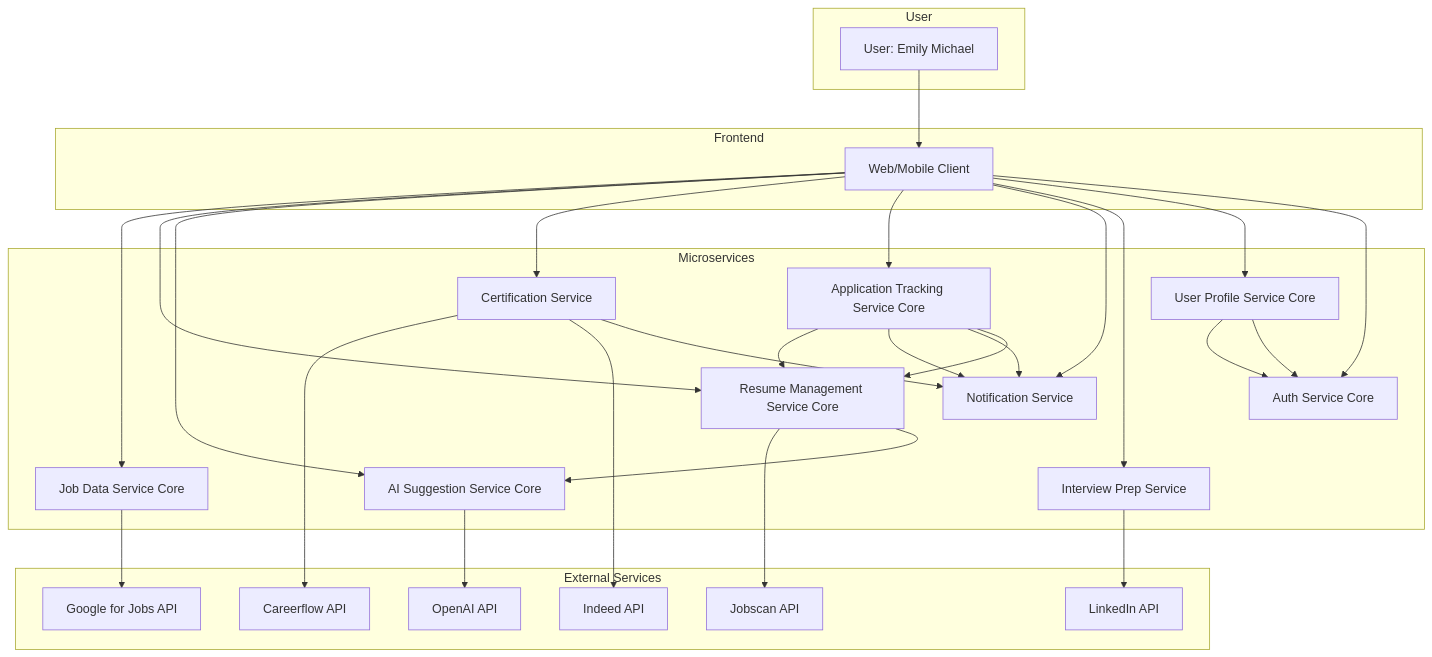
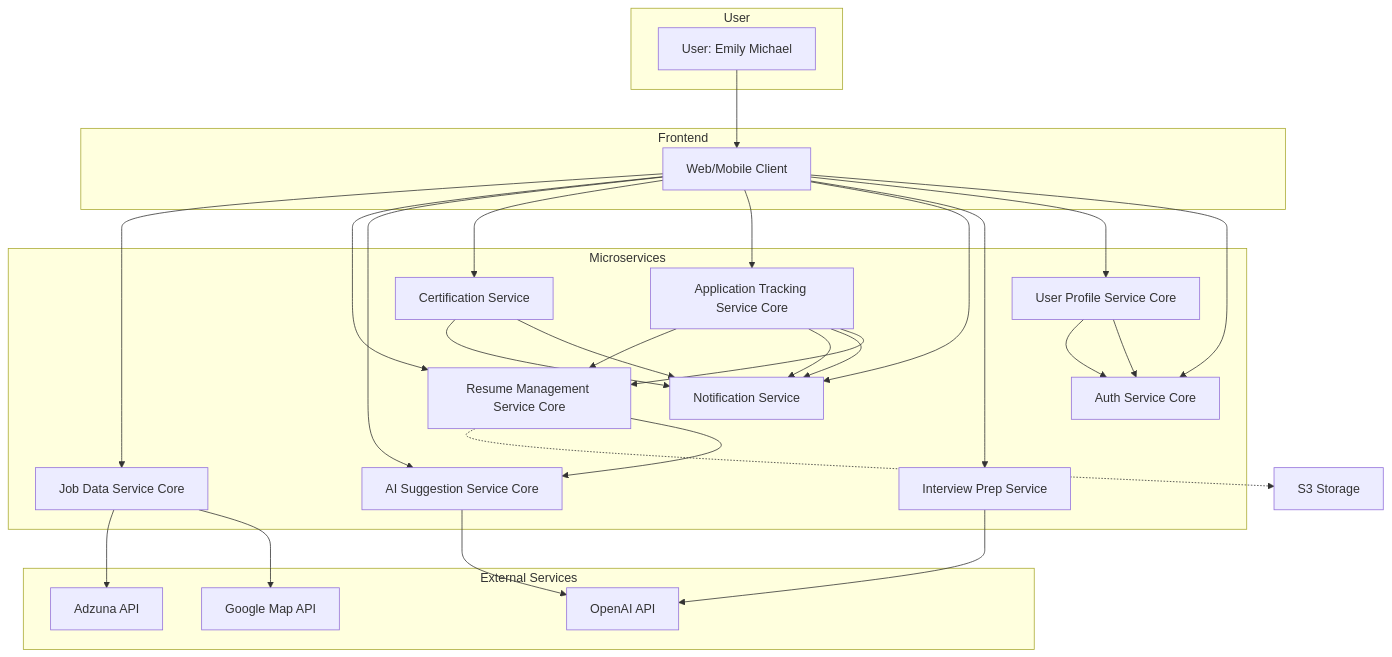
Before and after one commit to MariaVSoto/JobQuest_Navigator_CAA: the diagram in 00 Documents/0020 Design/002010TTD/microservices-architecture-diagram.md, drawn with Mermaid. The commit also changed other lines of this file and 15 other files, not shown here.

````diff
--- a/00 Documents/0020 Design/002010TTD/microservices-architecture-diagram.md
+++ b/00 Documents/0020 Design/002010TTD/microservices-architecture-diagram.md
@@ -5,69 +5,66 @@
 ```mermaid
 flowchart TD
     subgraph User
         A[User: Emily Michael]
     end
 
     subgraph Frontend
         B[Web/Mobile Client]
     end
 
     subgraph Microservices
         MS1[Job Data Service Core]
         MS2[Resume Management Service Core]
         MS3[AI Suggestion Service Core]
         MS4[Certification Service]
         MS5[Application Tracking Service Core]
         MS6[Notification Service]
         MS7[Interview Prep Service]
         MS8[User Profile Service Core]
         MS9[Auth Service Core]
     end
 
     subgraph External Services
-        Q[Google for Jobs API]
-        R[Jobscan API]
-        S[Careerflow API]
-        T[Indeed API]
-        U[LinkedIn API]
+        Q[Adzuna API]
+        R[Google Map API]
         V[OpenAI API]
     end
 
     %% User to Frontend
     A --> B
 
     %% Frontend to Microservices (API Gateway or direct)
     B --> MS1
     B --> MS2
     B --> MS3
     B --> MS4
     B --> MS5
     B --> MS6
     B --> MS7
     B --> MS8
     B --> MS9
 
     %% Microservices to External Services
     MS1 --> Q
-    MS2 --> R
+    MS1 --> R
+    MS2 -.-> S3[S3 Storage]
     MS3 --> V
-    MS4 --> S
-    MS4 --> T
+    MS4 --> MS6
     MS5 --> MS2
     MS5 --> MS6
-    MS7 --> U
+    MS7 --> V
     MS8 --> MS9
 
     %% Notification Service can be triggered by others
     MS4 --> MS6
     MS5 --> MS6
 
     %% Resume Management <-> AI Suggestion
     MS2 --> MS3
 
     %% Application Tracking <-> Resume Management
     MS5 --> MS2
 
     %% User Profile <-> Auth
     MS8 --> MS9
 ```
````
